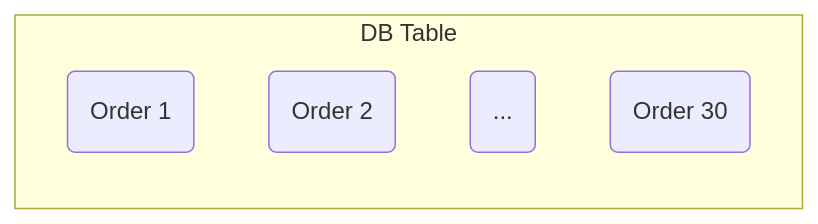
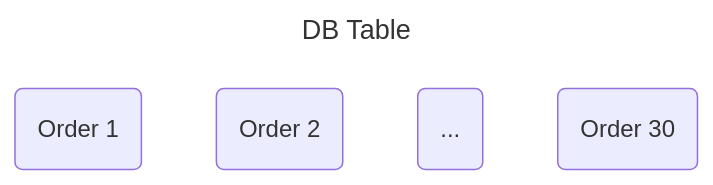
The fourth of 4 diagrams in octopoes/docs/diagrams.md (minvws/nl-kat-coordination), drawn with Mermaid before and after one commit.

Commit message:
docs(octopoes): diagrams

````diff
--- a/octopoes/docs/diagrams.md
+++ b/octopoes/docs/diagrams.md
@@ -65,11 +65,10 @@
 ```mermaid
-graph LR
-
-    subgraph kat ["DB Table"]
-        direction TB
-        A("Order 1")
-        B("Order 2")
-        C("...")
-        D("Order 30")
-    end
+---
+title: DB Table
+---
+flowchart TB
+      A("Order 1")
+      B("Order 2")
+      C("...")
+      D("Order 30")
 ```
````
